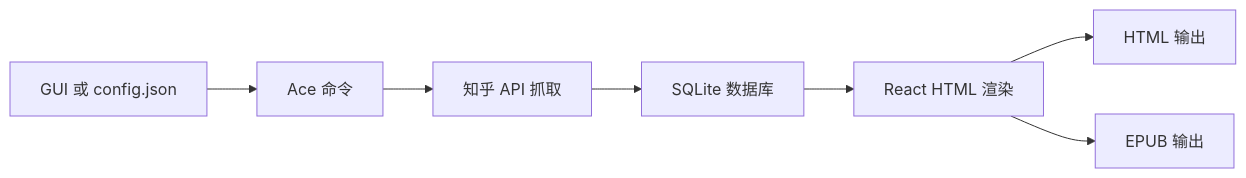
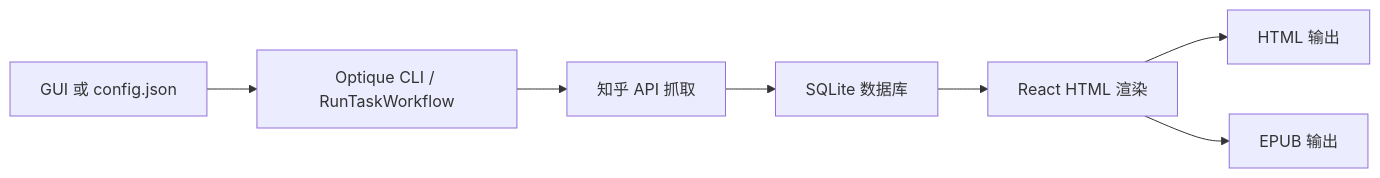
The diagram in doc/开发调试指南.md (YaoZeyuan/zhihuhelp), drawn with Mermaid before and after one commit. The commit also changed other lines of this file and 34 other files, not shown here.

````diff
--- a/doc/开发调试指南.md
+++ b/doc/开发调试指南.md
@@ -73,9 +76,9 @@
 ```mermaid
 flowchart LR
-  A["GUI 或 config.json"] --> B["Ace 命令"]
+  A["GUI 或 config.json"] --> B["Optique CLI / RunTaskWorkflow"]
   B --> C["知乎 API 抓取"]
   C --> D["SQLite 数据库"]
   D --> E["React HTML 渲染"]
   E --> F["HTML 输出"]
   E --> G["EPUB 输出"]
 ```
````
